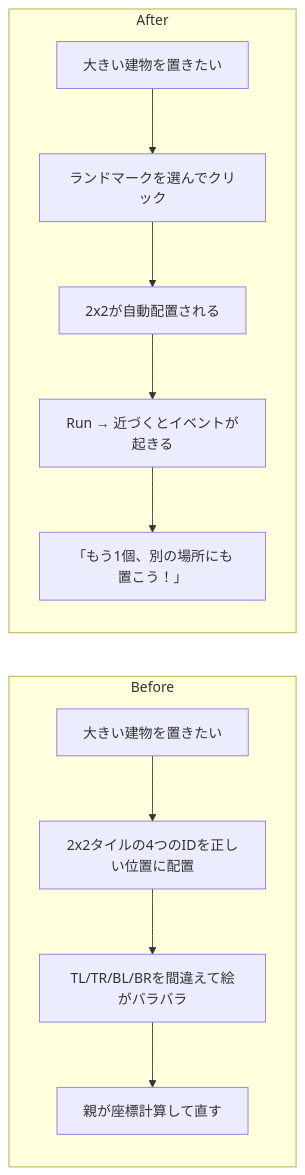
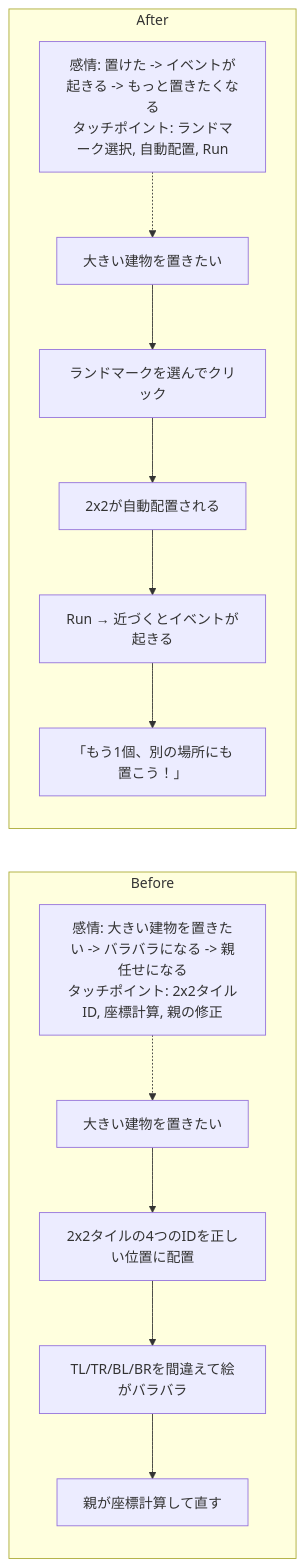
The seventh of 42 diagrams in docs/product-requirements/customer-journeys.md (tatsuro-ueda/code-quest-pyxel), drawn with Mermaid before and after one commit. The commit also changed other lines of this file and 23 other files, not shown here.

````diff
--- a/docs/product-requirements/customer-journeys.md
+++ b/docs/product-requirements/customer-journeys.md
@@ -133,14 +159,18 @@
 ```mermaid
 flowchart LR
     subgraph Before["Before"]
+        BM["感情: 大きい建物を置きたい -> バラバラになる -> 親任せになる<br/>タッチポイント: 2x2タイルID, 座標計算, 親の修正"]
+        BM -.-> B1
         B1[大きい建物を置きたい] --> B2[2x2タイルの4つのIDを正しい位置に配置]
         B2 --> B3[TL/TR/BL/BRを間違えて絵がバラバラ]
         B3 --> B4[親が座標計算して直す]
     end
     subgraph After["After"]
+        AM["感情: 置けた -> イベントが起きる -> もっと置きたくなる<br/>タッチポイント: ランドマーク選択, 自動配置, Run"]
+        AM -.-> A1
         A1[大きい建物を置きたい] --> A2[ランドマークを選んでクリック]
         A2 --> A3[2x2が自動配置される]
         A3 --> A4[Run → 近づくとイベントが起きる]
         A4 --> A5[「もう1個、別の場所にも置こう！」]
     end
 ```
````
